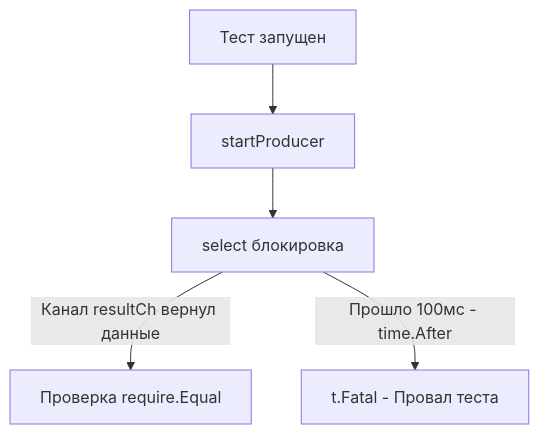
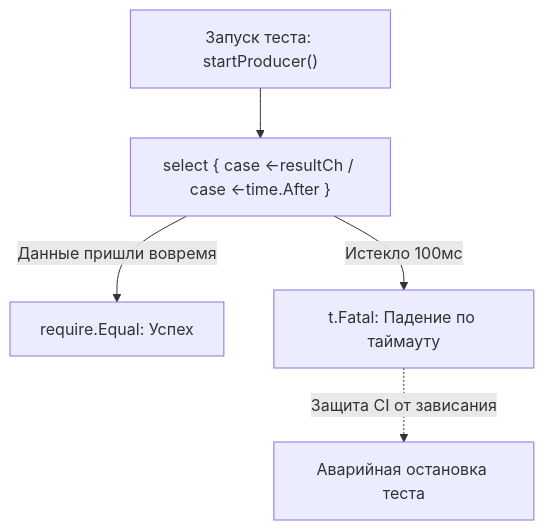
Before and after one commit to UnrealTemplier/go-textbook: the diagram in sources/15. Тестирование в Go (QA & Testing)/07. Конкурентность/1. Тестирование конкурентного кода.md, drawn with Mermaid. The commit also changed other lines of this file, not shown here.

````diff
--- a/sources/15. Тестирование в Go (QA & Testing)/07. Конкурентность/1. Тестирование конкурентного кода.md
+++ b/sources/15. Тестирование в Go (QA & Testing)/07. Конкурентность/1. Тестирование конкурентного кода.md
@@ -147,7 +187,9 @@
 ```mermaid
 flowchart TD
-    A["Тест запущен"] --> B["startProducer"]
-    B --> C["select блокировка"]
-    C -->|"Канал resultCh вернул данные"| D["Проверка require.Equal"]
-    C -->|"Прошло 100мс - time.After"| E["t.Fatal - Провал теста"]
+    Start["Запуск теста: startProducer()"] --> Sel["select { case <-resultCh / case <-time.After }"]
+    
+    Sel -->|"Данные пришли вовремя"| Ok["require.Equal: Успех"]
+    Sel -->|"Истекло 100мс"| Timeout["t.Fatal: Падение по таймауту"]
+    
+    Timeout -.->|"Защита CI от зависания"| Exit["Аварийная остановка теста"]
 ```
````
